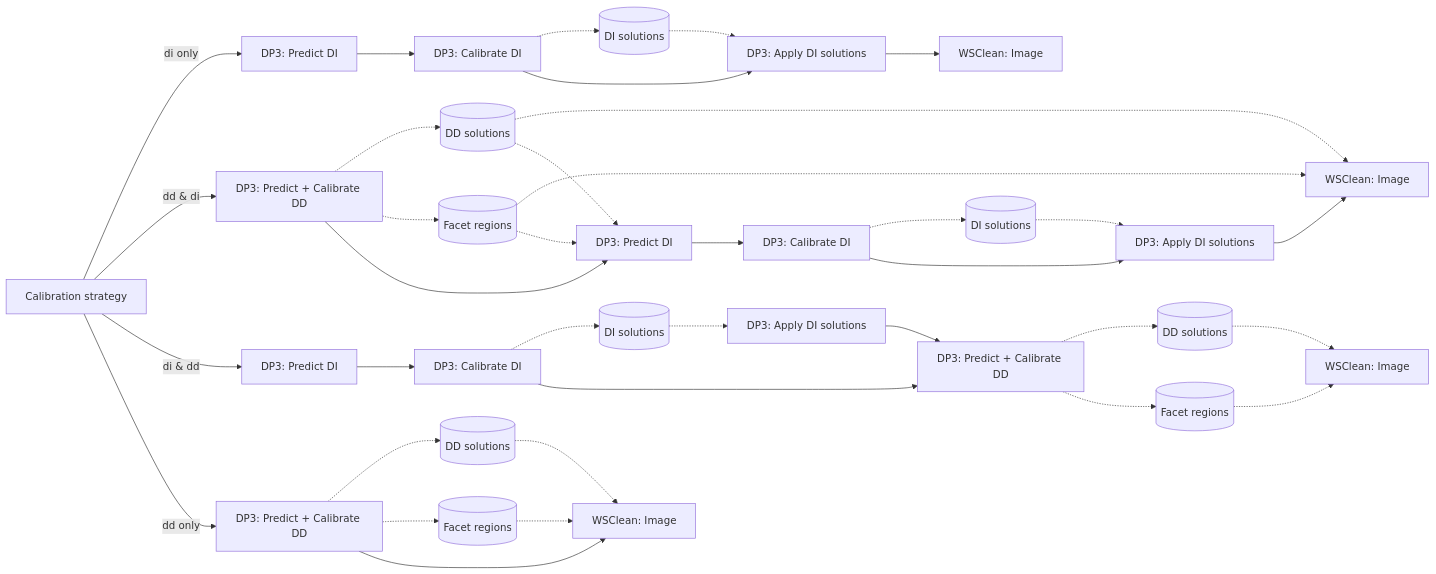
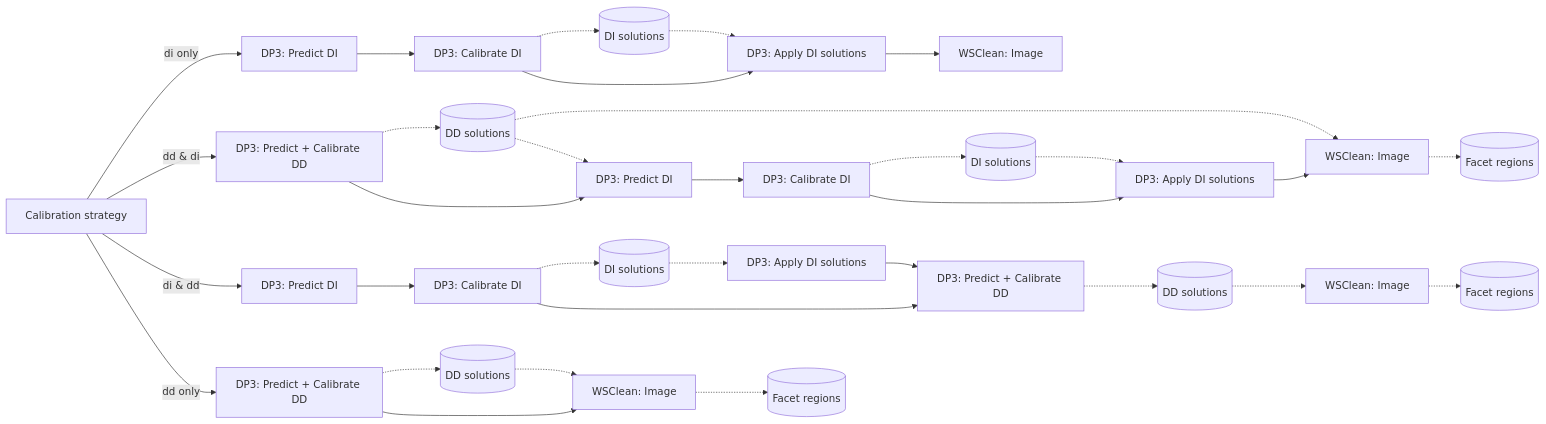
One commit to darafferty/rapthor changed the diagram in CALIBRATION_STRATEGY.md. Above: the diagram before and after it, drawn with Mermaid. The commit also changed other lines of this file and 6 other files, not shown here.

````diff
--- a/CALIBRATION_STRATEGY.md
+++ b/CALIBRATION_STRATEGY.md
@@ -1,38 +8,41 @@
 ```mermaid
 
 flowchart LR
     C["Calibration strategy"] 
     C -- di only --> predict_DI["DP3: Predict DI"] --> DI["DP3: Calibrate DI"]
     C -- dd & di --> DD1["DP3: Predict + Calibrate DD"]
     C -- di & dd --> predict_DI1["DP3: Predict DI"] --> DI1["DP3: Calibrate DI"]
 
     C -- dd only --> DD["DP3: Predict + Calibrate DD"]
 
     DI1 -.-> DI1_solutions[("DI solutions")]
     DI1 --> DD2["DP3: Predict + Calibrate DD"]
-    DD2 -.-> DD2_solutions[("DD solutions")] & facets_DD2[("Facet regions")] -.-> img_DD2
+    DD2 -.-> DD2_solutions[("DD solutions")] -.-> img_DD2
     DI1_solutions -.-> apply_DI1["DP3: Apply DI solutions"] 
     DD2 & apply_DI1
     apply_DI1 --> DD2
 
     DI -.-> DI_solutions[("DI solutions")] .-> apply_DI["DP3: Apply DI solutions"] 
     DI --> apply_DI --> img_DI
 
-    DD -.-> DD_solutions[("DD solutions")] & facets_DD[("Facet regions")] -.-> img_DD
+    DD -.-> DD_solutions[("DD solutions")] -.-> img_DD
     DD --> img_DD
 
-    DD1 -.-> DD1_solutions[("DD solutions")] & facets_DD1[("Facet regions")]
+    DD1 -.-> DD1_solutions[("DD solutions")]
     DD1 --> predict_DI2["DP3: Predict DI"] --> DI2["DP3: Calibrate DI"]
     DI2 -.-> DI2_solutions[("DI solutions")] -.-> apply_DI2["DP3: Apply DI solutions"] 
     DI2 --> apply_DI2 --> img_DI2
     
 
-    facets_DD1 &  DD1_solutions -.-> img_DI2
-    facets_DD1 &  DD1_solutions -.-> predict_DI2
+    DD1_solutions -.-> img_DI2
+    DD1_solutions -.-> predict_DI2
 
     img_DD["WSClean: Image"]
     img_DI["WSClean: Image"]
     img_DI2["WSClean: Image"]
     img_DD2["WSClean: Image"]
+    img_DD -.-> facets_DD[("Facet regions")]
+    img_DI2 -.-> facets_DD1[("Facet regions")]
+    img_DD2 -.-> facets_DD2[("Facet regions")]
 
 ```
````
